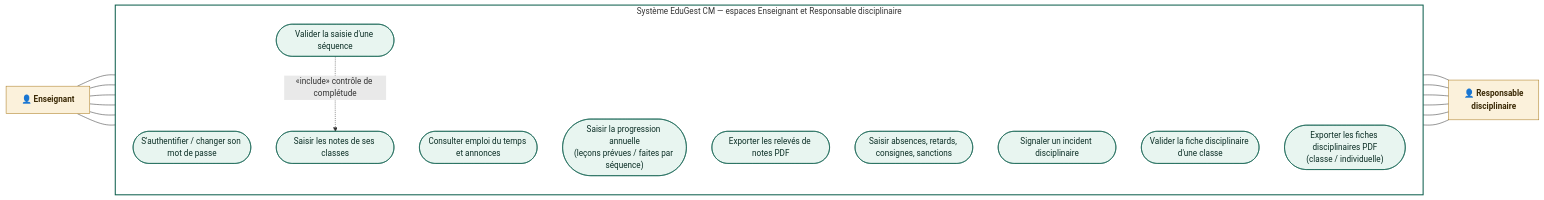
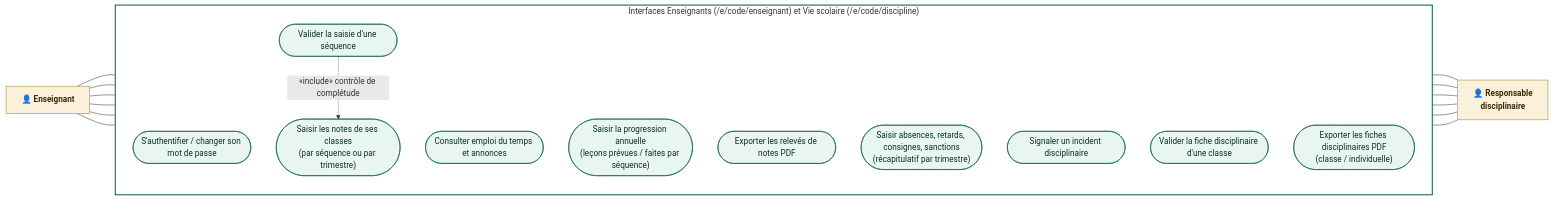
One commit to ANDJE30/MY_WORLD changed the diagram in docs/uml/01b_cas_utilisation_ens_resp.mmd. Above: the diagram before and after it, drawn with Mermaid. The commit also changed 132 other files, not shown here.

```diff
--- a/docs/uml/01b_cas_utilisation_ens_resp.mmd
+++ b/docs/uml/01b_cas_utilisation_ens_resp.mmd
@@ -1,24 +1,24 @@
 flowchart LR
   ENS["👤 Enseignant"]
   RD["👤 Responsable<br/>disciplinaire"]
-  subgraph SYS["Système EduGest CM — espaces Enseignant et Responsable disciplinaire"]
+  subgraph SYS["Interfaces Enseignants (/e/code/enseignant) et Vie scolaire (/e/code/discipline)"]
     direction TB
     C0(["S'authentifier / changer son mot de passe"])
     C1(["Consulter emploi du temps et annonces"])
     E1(["Saisir la progression annuelle<br/>(leçons prévues / faites par séquence)"])
-    E2(["Saisir les notes de ses classes"])
+    E2(["Saisir les notes de ses classes<br/>(par séquence ou par trimestre)"])
     E3(["Valider la saisie d'une séquence"])
     E4(["Exporter les relevés de notes PDF"])
-    D1(["Saisir absences, retards, consignes, sanctions"])
+    D1(["Saisir absences, retards, consignes, sanctions<br/>(récapitulatif par trimestre)"])
     D2(["Signaler un incident disciplinaire"])
     D3(["Valider la fiche disciplinaire d'une classe"])
     D4(["Exporter les fiches disciplinaires PDF<br/>(classe / individuelle)"])
   end
   ENS --- C0 & C1 & E1 & E2 & E3 & E4
   C0 & C1 & D1 & D2 & D3 & D4 --- RD
   E3 -. "«include» contrôle de complétude" .-> E2
   classDef actor fill:#fbf1db,stroke:#a97a1d,color:#3b2a06,font-weight:bold
   classDef uc fill:#e8f5f0,stroke:#0b5d4b,color:#0b2e25
   class ENS,RD actor
   class C0,C1,E1,E2,E3,E4,D1,D2,D3,D4 uc
   style SYS fill:#ffffff,stroke:#0b5d4b,stroke-width:2px
```
